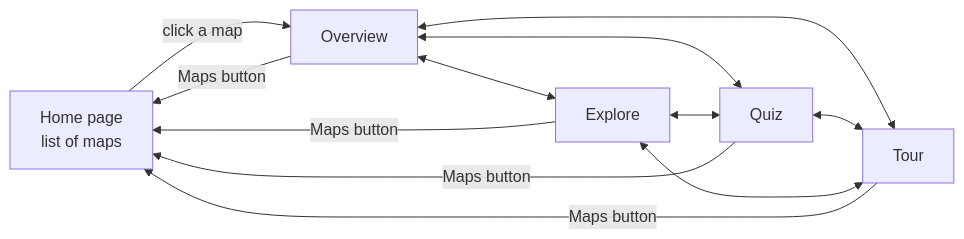
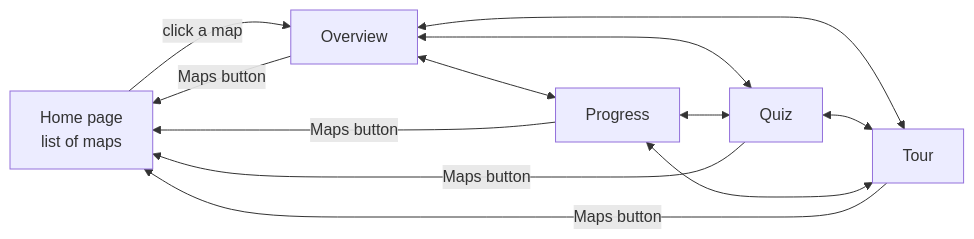
One commit to diegoami/Geoclick2027 changed the diagram in docs/USER_MANUAL.md. Above: the diagram before and after it, drawn with Mermaid. The commit also changed other lines of this file and 11 other files, not shown here.

````diff
--- a/docs/USER_MANUAL.md
+++ b/docs/USER_MANUAL.md
@@ -99,11 +100,11 @@
 ```mermaid
 flowchart LR
     H[Home page<br/>list of maps] -->|click a map| O[Overview]
-    O <--> E[Explore]
+    O <--> E[Progress]
     O <--> Q[Quiz]
     O <--> T[Tour]
     E <--> Q
     Q <--> T
     E <--> T
     O & E & Q & T -->|Maps button| H
 ```
````
